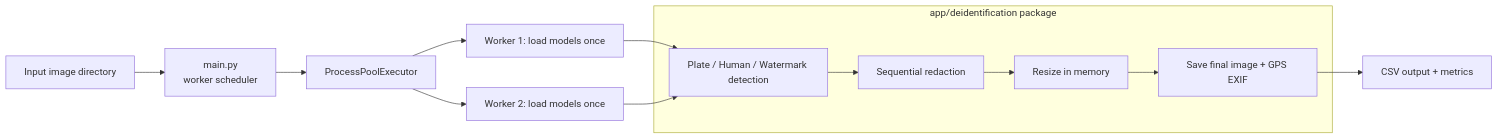
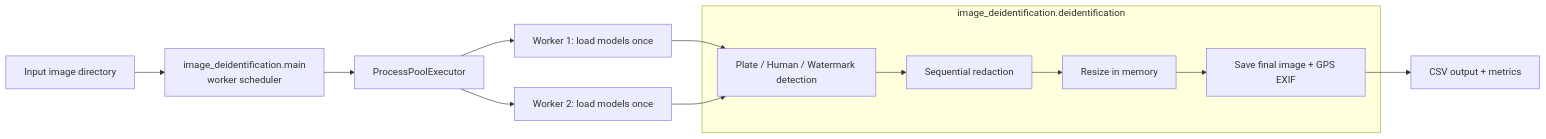
One commit to datakaveri/Image-deidentification changed the diagram in README.md. Above: the diagram before and after it, drawn with Mermaid. The commit also changed other lines of this file and 69 other files, not shown here.

````diff
--- a/README.md
+++ b/README.md
@@ -13,21 +13,21 @@
 ```mermaid
 flowchart LR
-    A[Input image directory] --> B[main.py
+    A[Input image directory] --> B[image_deidentification.main
 worker scheduler]
     B --> C[ProcessPoolExecutor]
     C --> D[Worker 1: load models once]
     C --> E[Worker 2: load models once]
     D --> F[Plate / Human / Watermark detection]
     E --> F
     F --> G[Sequential redaction]
     G --> H[Resize in memory]
     H --> I[Save final image + GPS EXIF]
     I --> J[CSV output + metrics]
 
-    subgraph App[app/deidentification package]
+    subgraph App[image_deidentification.deidentification]
         F
         G
         H
         I
     end
 ```
````
